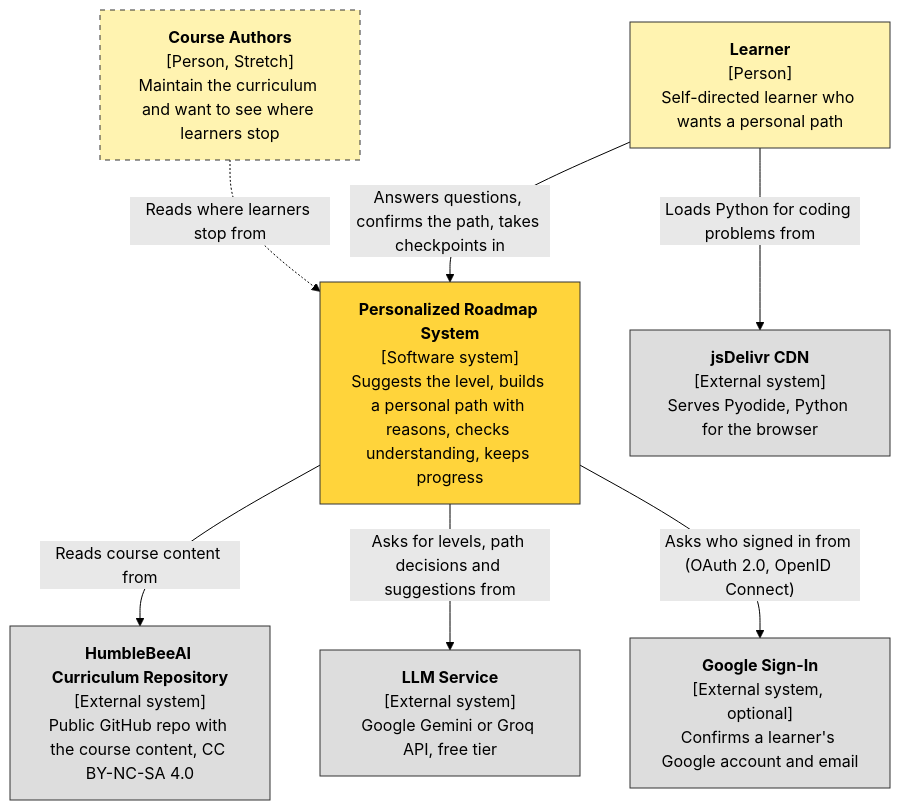
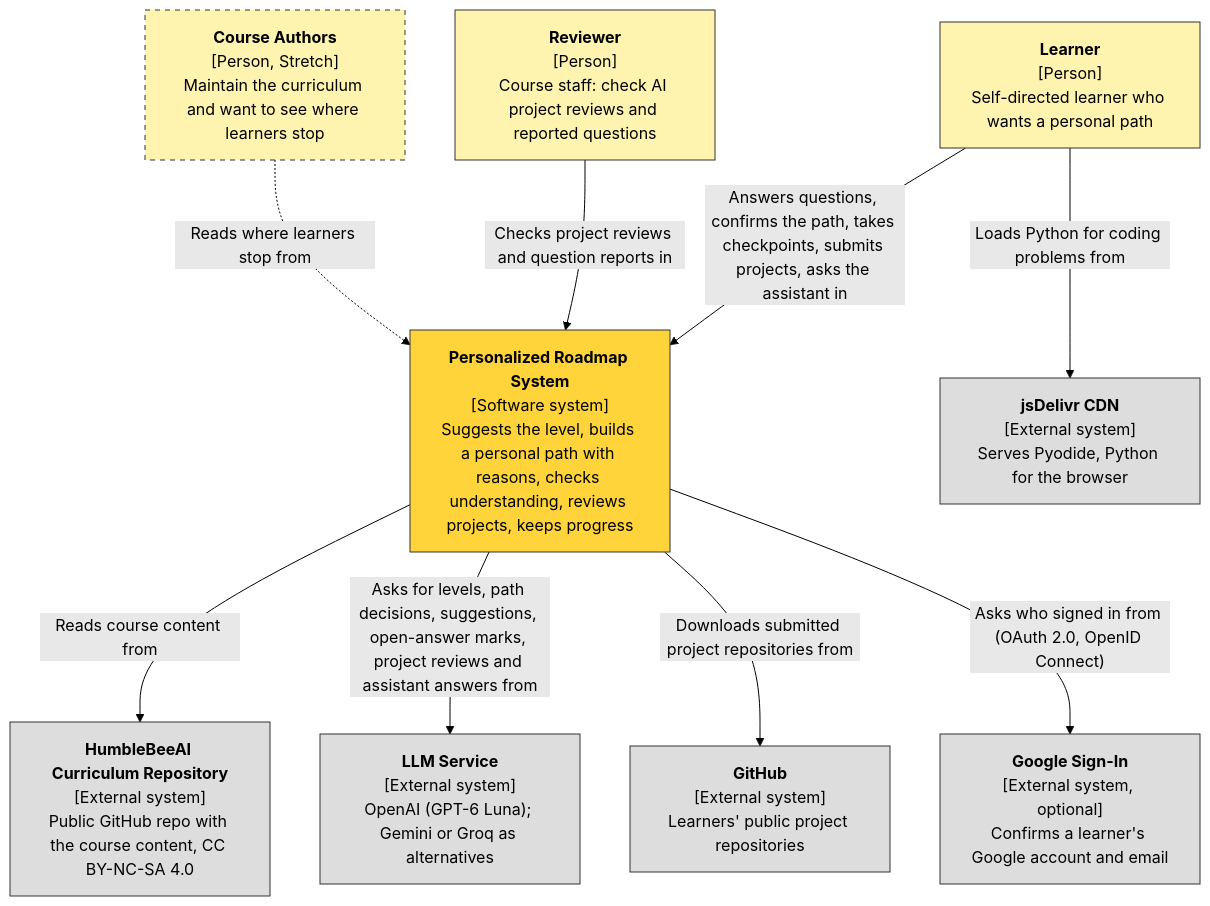
Before and after one commit to mishalilia/personalized-roadmap: the first of 2 diagrams in docs/architecture.md, drawn with Mermaid (forest theme). The commit also changed other lines of this file and 9 other files, not shown here.

First line of the commit message:
Final documentation; check the model on the current curriculum

````diff
--- a/docs/architecture.md
+++ b/docs/architecture.md
@@ -15,26 +14,30 @@
 ```mermaid
 flowchart TB
     learner["<b>Learner</b><br/>[Person]<br/>Self-directed learner who wants a personal path"]
+    reviewer["<b>Reviewer</b><br/>[Person]<br/>Course staff: check AI project reviews and reported questions"]
     owner["<b>Course Authors</b><br/>[Person, Stretch]<br/>Maintain the curriculum and want to see where learners stop"]
-    system["<b>Personalized Roadmap System</b><br/>[Software system]<br/>Suggests the level, builds a personal path with reasons, checks understanding, keeps progress"]
+    system["<b>Personalized Roadmap System</b><br/>[Software system]<br/>Suggests the level, builds a personal path with reasons, checks understanding, reviews projects, keeps progress"]
     curriculum["<b>HumbleBeeAI Curriculum Repository</b><br/>[External system]<br/>Public GitHub repo with the course content, CC BY-NC-SA 4.0"]
-    llm["<b>LLM Service</b><br/>[External system]<br/>Google Gemini or Groq API, free tier"]
+    llm["<b>LLM Service</b><br/>[External system]<br/>OpenAI (GPT-6 Luna); Gemini or Groq as alternatives"]
+    github["<b>GitHub</b><br/>[External system]<br/>Learners' public project repositories"]
     cdn["<b>jsDelivr CDN</b><br/>[External system]<br/>Serves Pyodide, Python for the browser"]
     google["<b>Google Sign-In</b><br/>[External system, optional]<br/>Confirms a learner's Google account and email"]
 
-    learner -->|"Answers questions, confirms the path, takes checkpoints in"| system
+    learner -->|"Answers questions, confirms the path, takes checkpoints, submits projects, asks the assistant in"| system
+    reviewer -->|"Checks project reviews and question reports in"| system
     system -->|"Reads course content from"| curriculum
-    system -->|"Asks for levels, path decisions and suggestions from"| llm
+    system -->|"Asks for levels, path decisions, suggestions, open-answer marks, project reviews and assistant answers from"| llm
+    system -->|"Downloads submitted project repositories from"| github
     learner -->|"Loads Python for coding problems from"| cdn
     system -->|"Asks who signed in from (OAuth 2.0, OpenID Connect)"| google
     owner -.->|"Reads where learners stop from"| system
 
     classDef person fill:#fff3b0,stroke:#333
     classDef sys fill:#ffd43b,stroke:#333
     classDef ext fill:#dddddd,stroke:#333
     classDef later stroke-dasharray:5 5
-    class learner,owner person
+    class learner,reviewer,owner person
     class system sys
-    class curriculum,llm,cdn,google ext
+    class curriculum,llm,github,cdn,google ext
     class owner later
 ```
````
